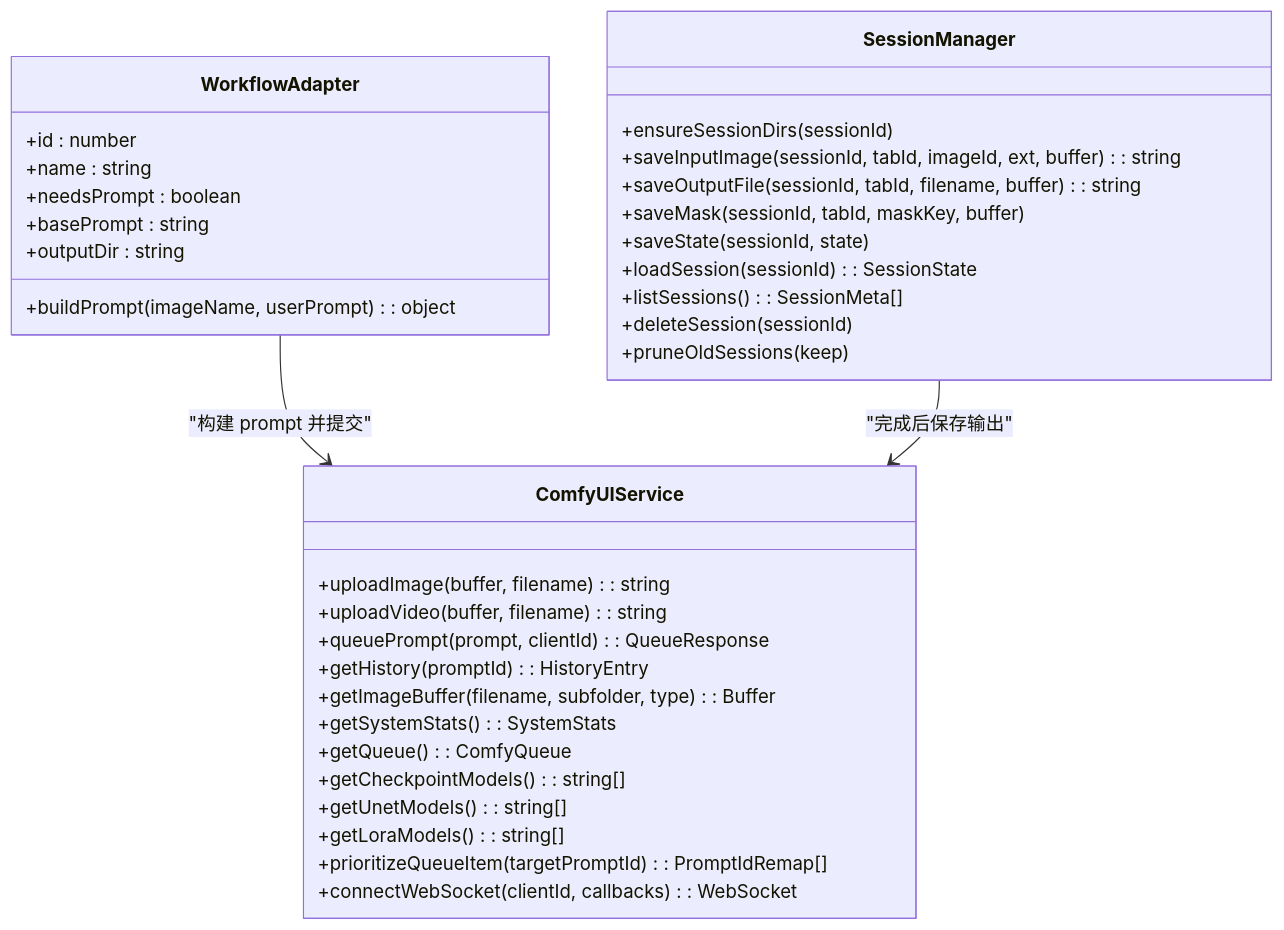
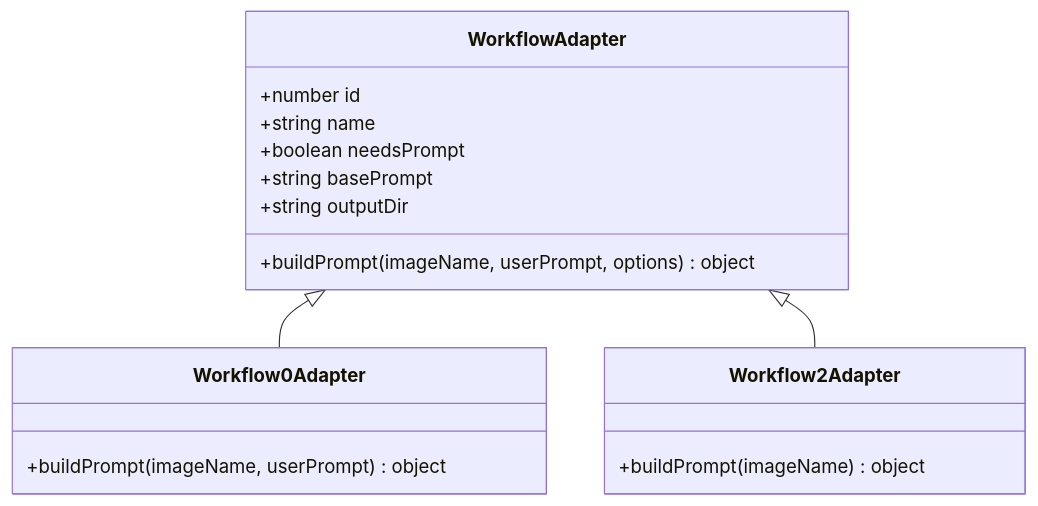
One commit to billye220670/CorineKit_Pix2Real changed the third of 7 diagrams in .qoder/repowiki/zh/content/API 参考文档/API 参考文档.md. Above: the diagram before and after it, drawn with Mermaid. The commit also changed other lines of this file and 315 other files, not shown here.

````diff
--- a/.qoder/repowiki/zh/content/API 参考文档/API 参考文档.md
+++ b/.qoder/repowiki/zh/content/API 参考文档/API 参考文档.md
@@ -333,38 +116,19 @@
 ```mermaid
 classDiagram
 class WorkflowAdapter {
-+id : number
-+name : string
-+needsPrompt : boolean
-+basePrompt : string
-+outputDir : string
-+buildPrompt(imageName, userPrompt) : object
++number id
++string name
++boolean needsPrompt
++string basePrompt
++string outputDir
++buildPrompt(imageName, userPrompt, options) object
 }
-class ComfyUIService {
-+uploadImage(buffer, filename) : string
-+uploadVideo(buffer, filename) : string
-+queuePrompt(prompt, clientId) : QueueResponse
-+getHistory(promptId) : HistoryEntry
-+getImageBuffer(filename, subfolder, type) : Buffer
-+getSystemStats() : SystemStats
-+getQueue() : ComfyQueue
-+getCheckpointModels() : string[]
-+getUnetModels() : string[]
-+getLoraModels() : string[]
-+prioritizeQueueItem(targetPromptId) : PromptIdRemap[]
-+connectWebSocket(clientId, callbacks) : WebSocket
+class Workflow0Adapter {
++buildPrompt(imageName, userPrompt) object
 }
-class SessionManager {
-+ensureSessionDirs(sessionId)
-+saveInputImage(sessionId, tabId, imageId, ext, buffer) : string
-+saveOutputFile(sessionId, tabId, filename, buffer) : string
-+saveMask(sessionId, tabId, maskKey, buffer)
-+saveState(sessionId, state)
-+loadSession(sessionId) : SessionState
-+listSessions() : SessionMeta[]
-+deleteSession(sessionId)
-+pruneOldSessions(keep)
+class Workflow2Adapter {
++buildPrompt(imageName) object
 }
-WorkflowAdapter --> ComfyUIService : "构建 prompt 并提交"
-SessionManager --> ComfyUIService : "完成后保存输出"
+WorkflowAdapter <|-- Workflow0Adapter
+WorkflowAdapter <|-- Workflow2Adapter
 ```
````
